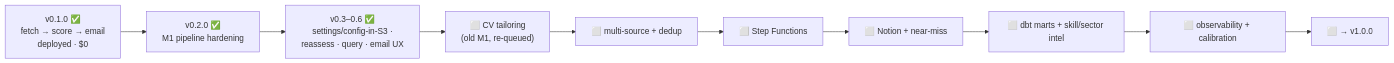
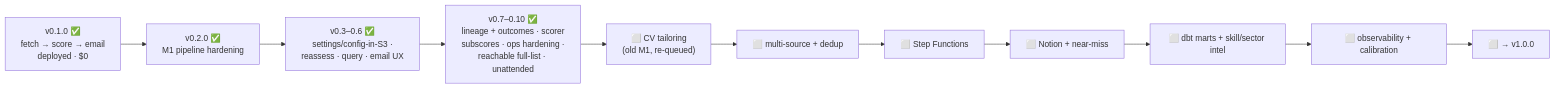
The third of 3 diagrams in README.md (tarigelamin1997/jobfetcher), drawn with Mermaid before and after one commit. The commit also changed other lines of this file and 19 other files, not shown here.

````diff
--- a/README.md
+++ b/README.md
@@ -188,12 +198,13 @@
 ```mermaid
 flowchart LR
   v0["v0.1.0 ✅<br/>fetch → score → email<br/>deployed · $0"] --> M1["v0.2.0 ✅<br/>M1 pipeline hardening"]
   M1 --> S["v0.3–0.6 ✅<br/>settings/config-in-S3 ·<br/>reassess · query · email UX"]
-  S --> CV["⬜ CV tailoring<br/>(old M1, re-queued)"]
+  S --> S2["v0.7–0.10 ✅<br/>lineage + outcomes · scorer<br/>subscores · ops hardening ·<br/>reachable full-list · unattended"]
+  S2 --> CV["⬜ CV tailoring<br/>(old M1, re-queued)"]
   CV --> M2["⬜ multi-source + dedup"]
   M2 --> M3["⬜ Step Functions"]
   M3 --> M4["⬜ Notion + near-miss"]
   M4 --> M5["⬜ dbt marts + skill/sector intel"]
   M5 --> M7["⬜ observability + calibration"]
   M7 --> M8["⬜ → v1.0.0"]
 ```
````
